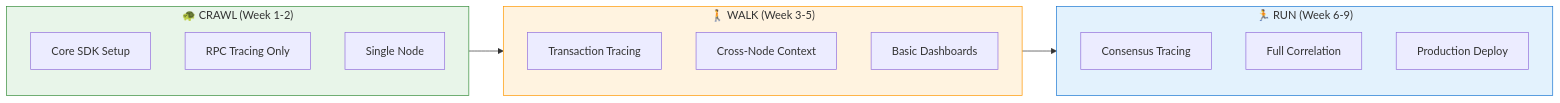
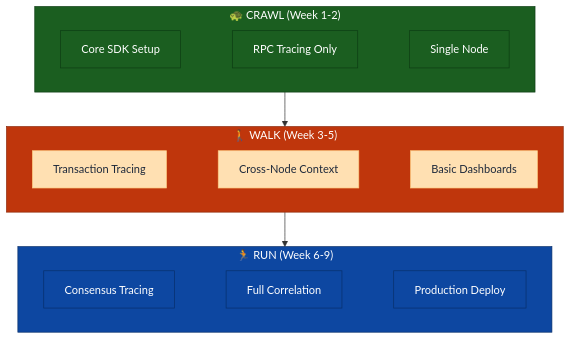
The fourth of 6 diagrams in OpenTelemetryPlan/06-implementation-phases.md (XRPL-Node/rippled), drawn with Mermaid before and after one commit. The commit also changed other lines of this file and 8 other files, not shown here.

````diff
--- a/OpenTelemetryPlan/06-implementation-phases.md
+++ b/OpenTelemetryPlan/06-implementation-phases.md
@@ -259,26 +268,32 @@
 ```mermaid
-flowchart LR
+flowchart TB
     subgraph crawl["🐢 CRAWL (Week 1-2)"]
-        c1[Core SDK Setup]
-        c2[RPC Tracing Only]
-        c3[Single Node]
+        direction LR
+        c1[Core SDK Setup] ~~~ c2[RPC Tracing Only] ~~~ c3[Single Node]
     end
 
     subgraph walk["🚶 WALK (Week 3-5)"]
-        w1[Transaction Tracing]
-        w2[Cross-Node Context]
-        w3[Basic Dashboards]
+        direction LR
+        w1[Transaction Tracing] ~~~ w2[Cross-Node Context] ~~~ w3[Basic Dashboards]
     end
 
     subgraph run["🏃 RUN (Week 6-9)"]
-        r1[Consensus Tracing]
-        r2[Full Correlation]
-        r3[Production Deploy]
+        direction LR
+        r1[Consensus Tracing] ~~~ r2[Full Correlation] ~~~ r3[Production Deploy]
     end
 
     crawl --> walk --> run
 
-    style crawl fill:#e8f5e9,stroke:#388e3c
-    style walk fill:#fff3e0,stroke:#ff9800
-    style run fill:#e3f2fd,stroke:#1976d2
+    style crawl fill:#1b5e20,stroke:#0d3d14,color:#fff
+    style walk fill:#bf360c,stroke:#8c2809,color:#fff
+    style run fill:#0d47a1,stroke:#082f6a,color:#fff
+    style c1 fill:#1b5e20,stroke:#0d3d14,color:#fff
+    style c2 fill:#1b5e20,stroke:#0d3d14,color:#fff
+    style c3 fill:#1b5e20,stroke:#0d3d14,color:#fff
+    style w1 fill:#ffe0b2,stroke:#ffcc80,color:#1e293b
+    style w2 fill:#ffe0b2,stroke:#ffcc80,color:#1e293b
+    style w3 fill:#ffe0b2,stroke:#ffcc80,color:#1e293b
+    style r1 fill:#0d47a1,stroke:#082f6a,color:#fff
+    style r2 fill:#0d47a1,stroke:#082f6a,color:#fff
+    style r3 fill:#0d47a1,stroke:#082f6a,color:#fff
 ```
````
